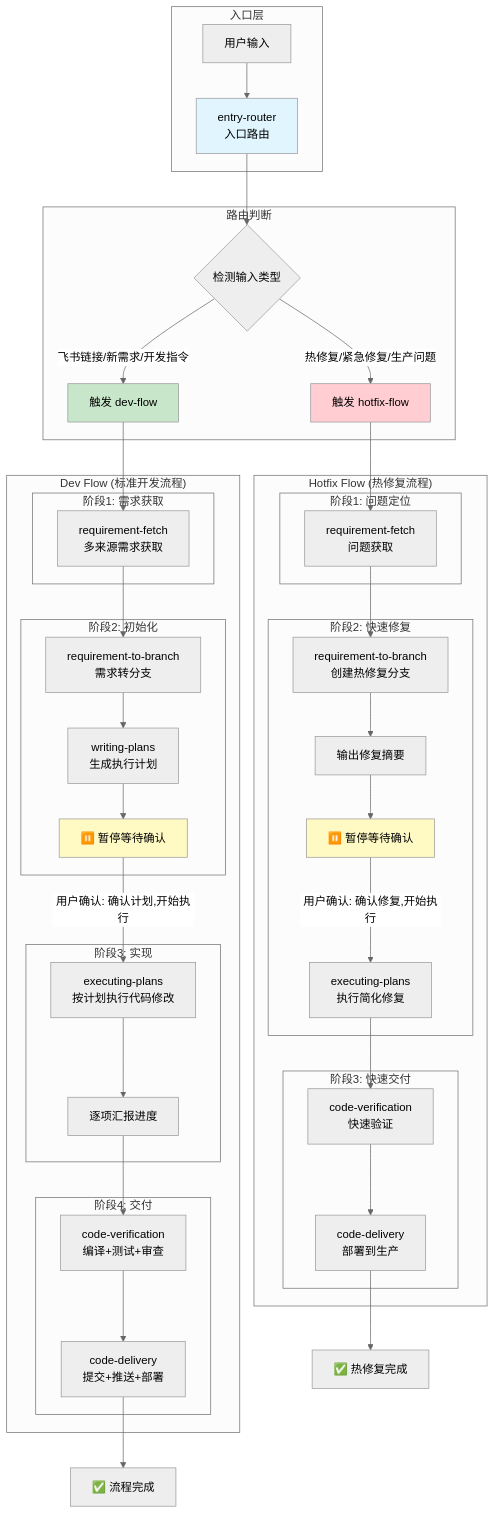
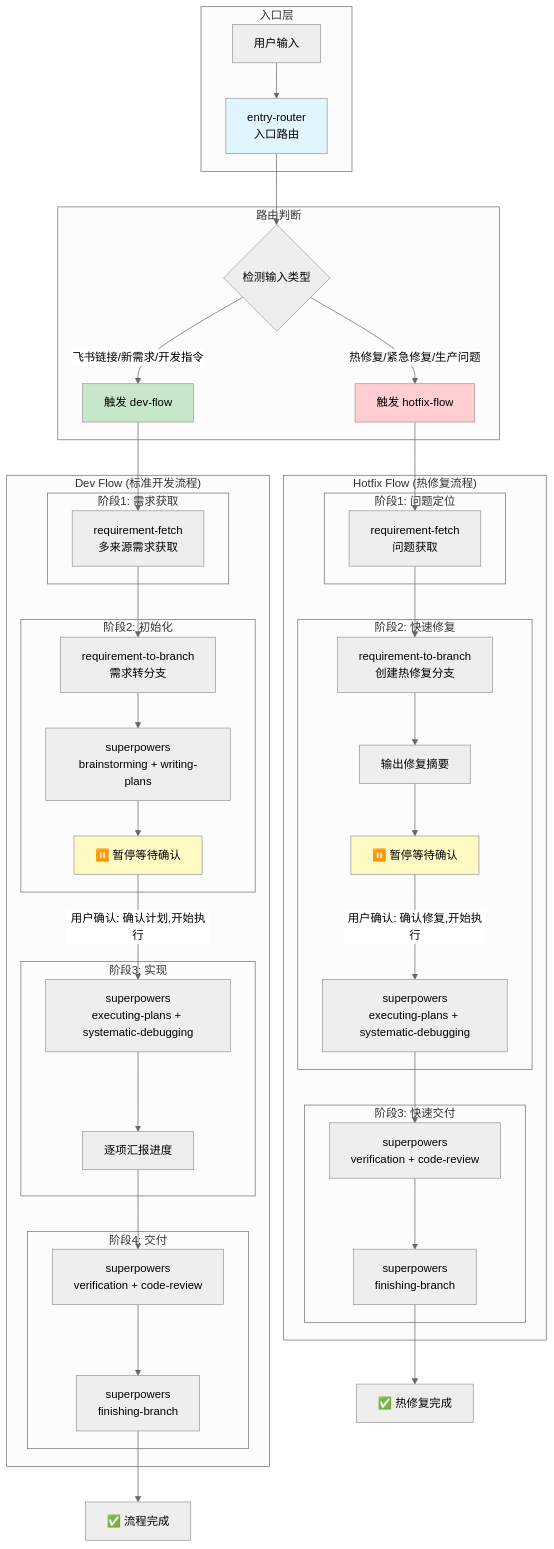
The first of 2 diagrams in README.md (weieast1314/ai-devcopilot), drawn with Mermaid (neutral theme) before and after one commit. The commit also changed other lines of this file and 2 other files, not shown here.

First line of the commit message:
docs: 更新架构文档以反映强制 superpowers 新架构

````diff
--- a/README.md
+++ b/README.md
@@ -122,72 +129,72 @@
 ```mermaid
 flowchart TB
     subgraph 入口层
         User[用户输入] --> EntryRouter[entry-router<br/>入口路由]
     end
 
     subgraph 路由判断
         EntryRouter --> Detect{检测输入类型}
         Detect -->|飞书链接/新需求/开发指令| DevTrigger[触发 dev-flow]
         Detect -->|热修复/紧急修复/生产问题| HotfixTrigger[触发 hotfix-flow]
     end
 
     subgraph DevFlow["Dev Flow (标准开发流程)"]
         subgraph Stage1["阶段1: 需求获取"]
             RF1[requirement-fetch<br/>多来源需求获取]
         end
         
         subgraph Stage2["阶段2: 初始化"]
             RTB1[requirement-to-branch<br/>需求转分支]
-            WP[writing-plans<br/>生成执行计划]
+            WP[superpowers<br/>brainstorming + writing-plans]
             Pause1[⏸️ 暂停等待确认]
         end
         
         subgraph Stage3["阶段3: 实现"]
-            EP1[executing-plans<br/>按计划执行代码修改]
+            EP1[superpowers<br/>executing-plans + systematic-debugging]
             Report1[逐项汇报进度]
         end
         
         subgraph Stage4["阶段4: 交付"]
-            CV1[code-verification<br/>编译+测试+审查]
-            CD1[code-delivery<br/>提交+推送+部署]
+            CV1[superpowers<br/>verification + code-review]
+            CD1[superpowers<br/>finishing-branch]
         end
         
         RF1 --> RTB1 --> WP --> Pause1
         Pause1 -->|用户确认: 确认计划,开始执行| EP1
         EP1 --> Report1 --> CV1 --> CD1
     end
 
     subgraph HotfixFlow["Hotfix Flow (热修复流程)"]
         subgraph HStage1["阶段1: 问题定位"]
             RF2[requirement-fetch<br/>问题获取]
         end
         
         subgraph HStage2["阶段2: 快速修复"]
             RTB2[requirement-to-branch<br/>创建热修复分支]
             FixSummary[输出修复摘要]
             Pause2[⏸️ 暂停等待确认]
-            EP2[executing-plans<br/>执行简化修复]
+            EP2[superpowers<br/>executing-plans + systematic-debugging]
         end
         
         subgraph HStage3["阶段3: 快速交付"]
-            CV2[code-verification<br/>快速验证]
-            CD2[code-delivery<br/>部署到生产]
+            CV2[superpowers<br/>verification + code-review]
+            CD2[superpowers<br/>finishing-branch]
         end
         
         RF2 --> RTB2 --> FixSummary --> Pause2
         Pause2 -->|用户确认: 确认修复,开始执行| EP2
         EP2 --> CV2 --> CD2
     end
 
     DevTrigger --> RF1
     HotfixTrigger --> RF2
 
     CD1 --> Done1[✅ 流程完成]
     CD2 --> Done2[✅ 热修复完成]
 
     style EntryRouter fill:#e1f5fe
     style DevTrigger fill:#c8e6c9
     style HotfixTrigger fill:#ffcdd2
     style Pause1 fill:#fff9c4
     style Pause2 fill:#fff9c4
 ```
````
